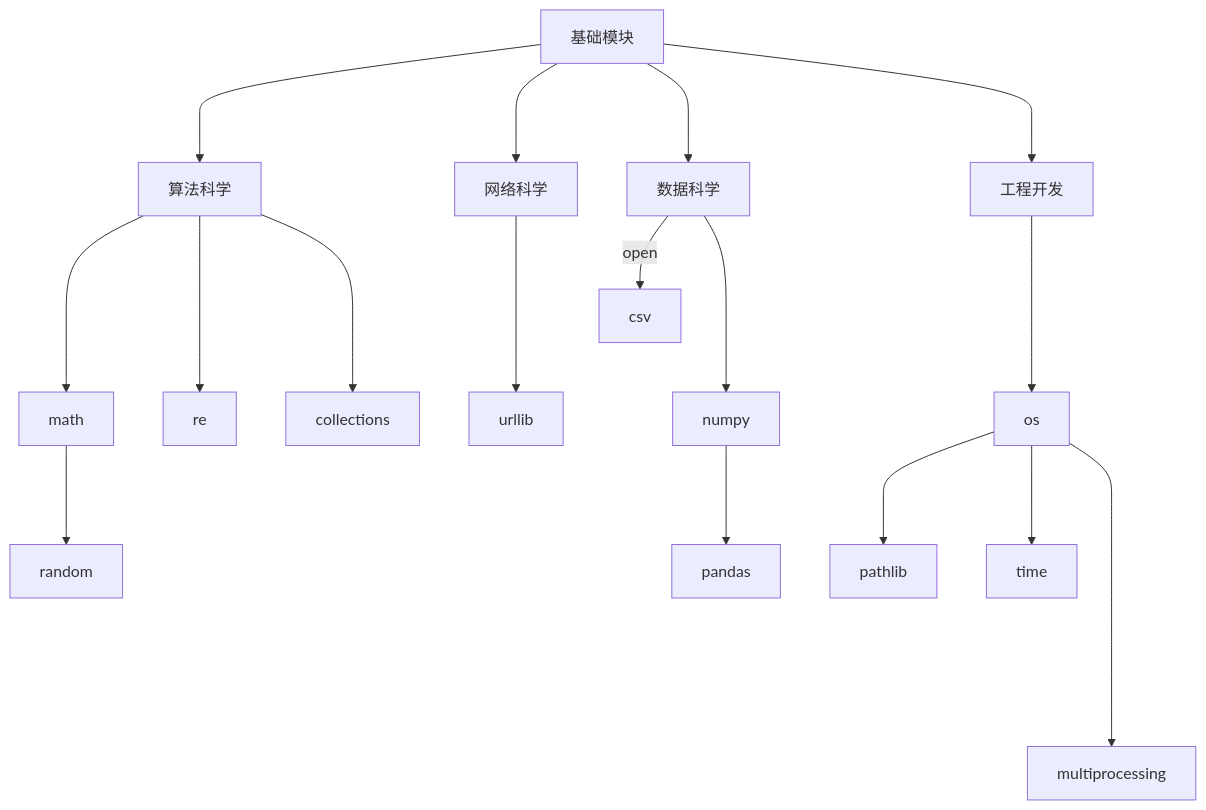
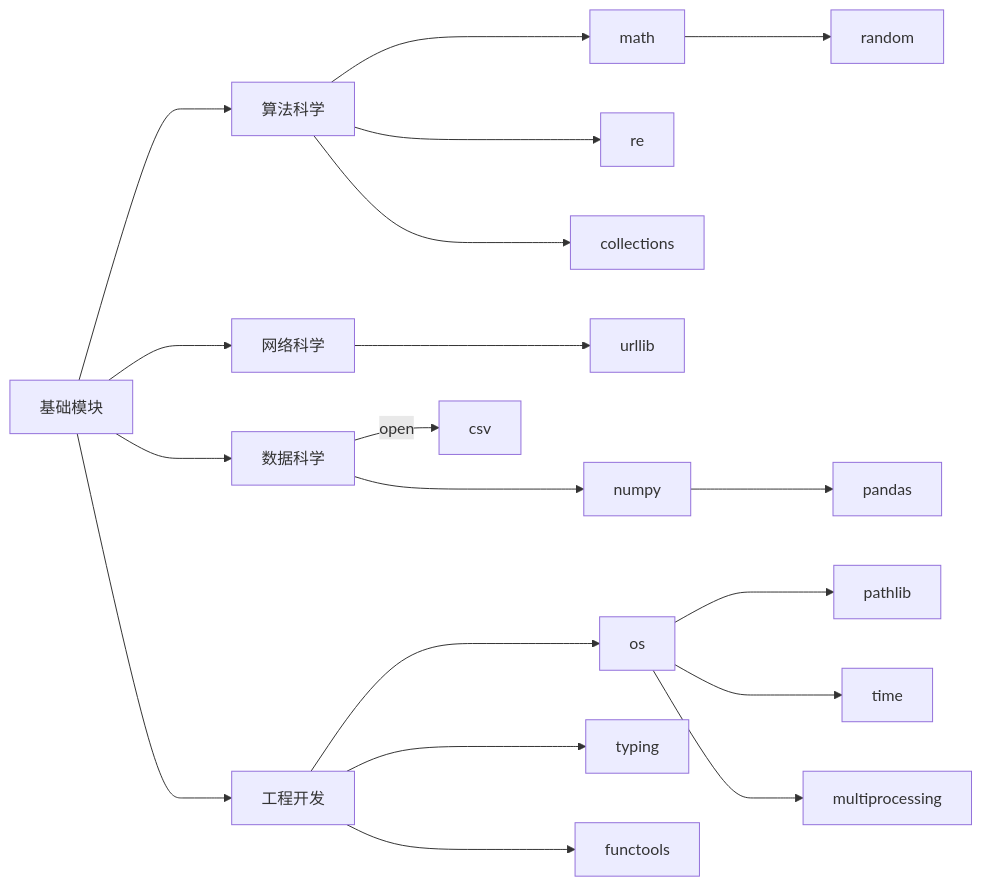
One commit to LizPink/Notes changed the diagram in Notes-of-Arts-and-Sciecne/语言哲学/程序语言/Python/Python.md. Above: the diagram before and after it, drawn with Mermaid. The commit also changed other lines of this file and 13 other files, not shown here.

````diff
--- a/Notes-of-Arts-and-Sciecne/语言哲学/程序语言/Python/Python.md
+++ b/Notes-of-Arts-and-Sciecne/语言哲学/程序语言/Python/Python.md
@@ -3,38 +2,42 @@
 ```mermaid
-graph TD
+graph LR
 A["基础模块"]
 B["算法科学"]
 C["网络科学"]
 D["数据科学"]
 E["工程开发"]
 
 B11["math"]
 B12["random"]
 B2["re"]
 B3["collections"]
 C1["urllib"]
 D1["csv"]
 D2["numpy"]
 D3["pandas"]
 E1["os"]
-E2["pathlib"]
-E3["time"]
-E4["multiprocessing"]
+E2["typing"]
+E3["functools"]
+E11["pathlib"]
+E12["time"]
+E13["multiprocessing"]
 
 A ---> B
 A ---> C
 A ---> D
 A ---> E
 B ---> B11
 B11 ---> B12
 B ---> B2
 B ---> B3
 C ---> C1
 D --"open"--> D1
 D ---> D2
 D2 ---> D3
 E ---> E1
-E1 ---> E2
-E1 ---> E3
-E1 ------> E4
+E ---> E2
+E ---> E3
+E1 ---> E11
+E1 ---> E12
+E1 ---> E13
 ```
````
